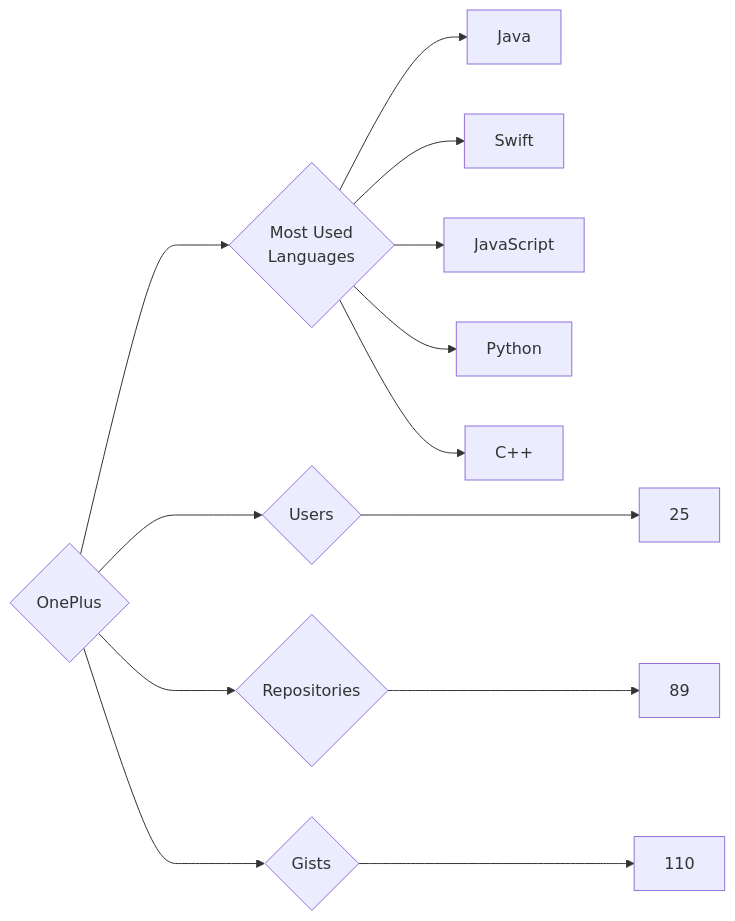
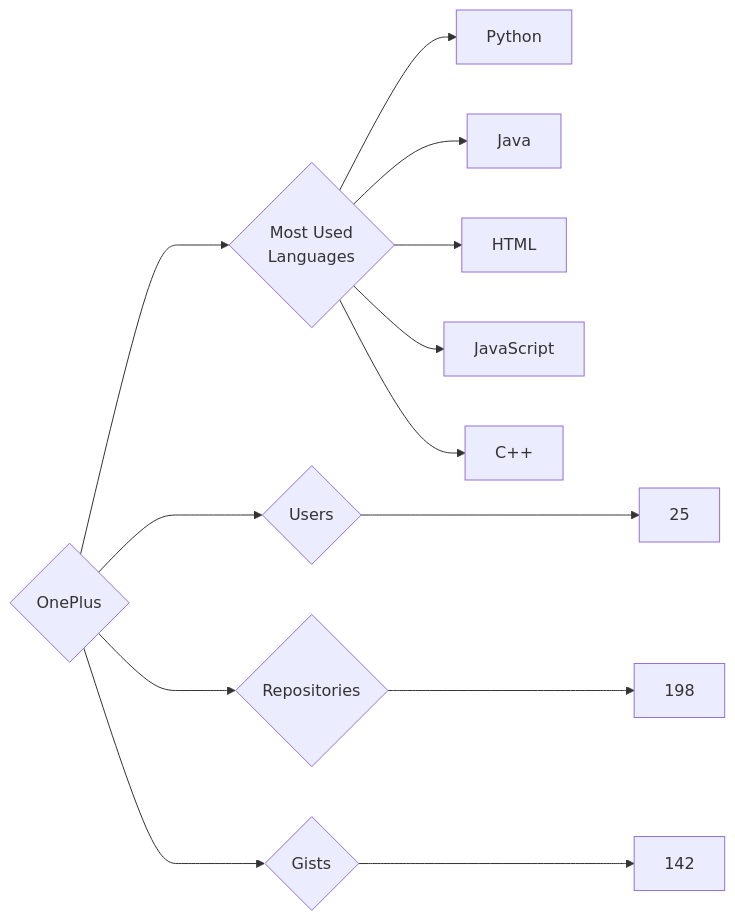
Before and after one commit to trickest/insiders: the diagram in targets/OnePlus/README.md, drawn with Mermaid. The commit also changed 928 other files, not shown here.

````diff
--- a/targets/OnePlus/README.md
+++ b/targets/OnePlus/README.md
@@ -3,13 +3,13 @@
 ```mermaid
 graph LR
 COMPANY_NAME{OnePlus}
 COMPANY_NAME ---> U{Users} ---> UN[25]
-COMPANY_NAME ---> R{Repositories} ---> RN[89]
-COMPANY_NAME ---> G{Gists} ---> GN[110]
+COMPANY_NAME ---> R{Repositories} ---> RN[198]
+COMPANY_NAME ---> G{Gists} ---> GN[142]
 COMPANY_NAME ---> ML{Most Used<br>Languages}
+ML --> Python[Python]
 ML --> Java[Java]
-ML --> Swift[Swift]
+ML --> HTML[HTML]
 ML --> JavaScript[JavaScript]
-ML --> Python[Python]
 ML --> C++[C++]
 ```
````
